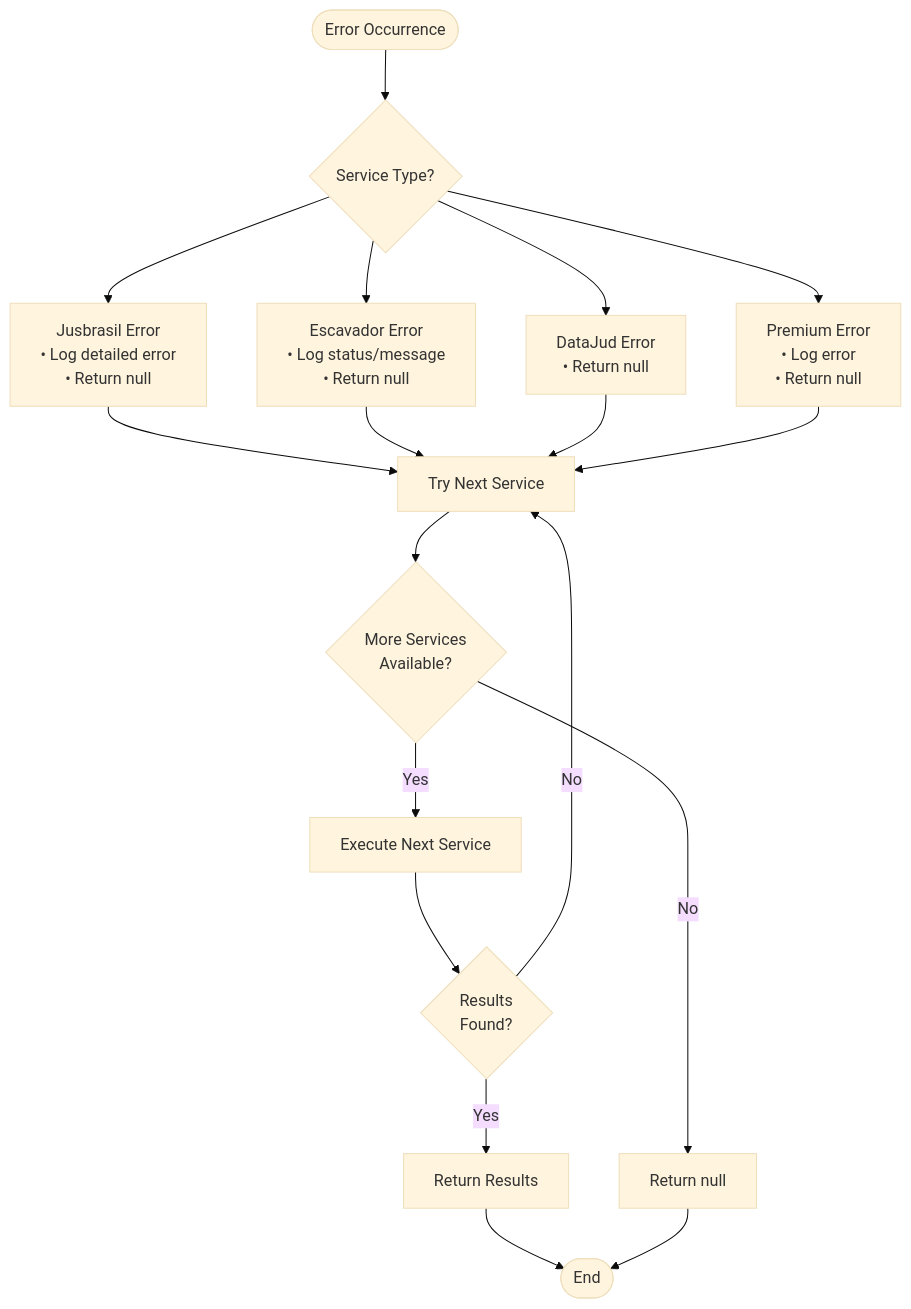
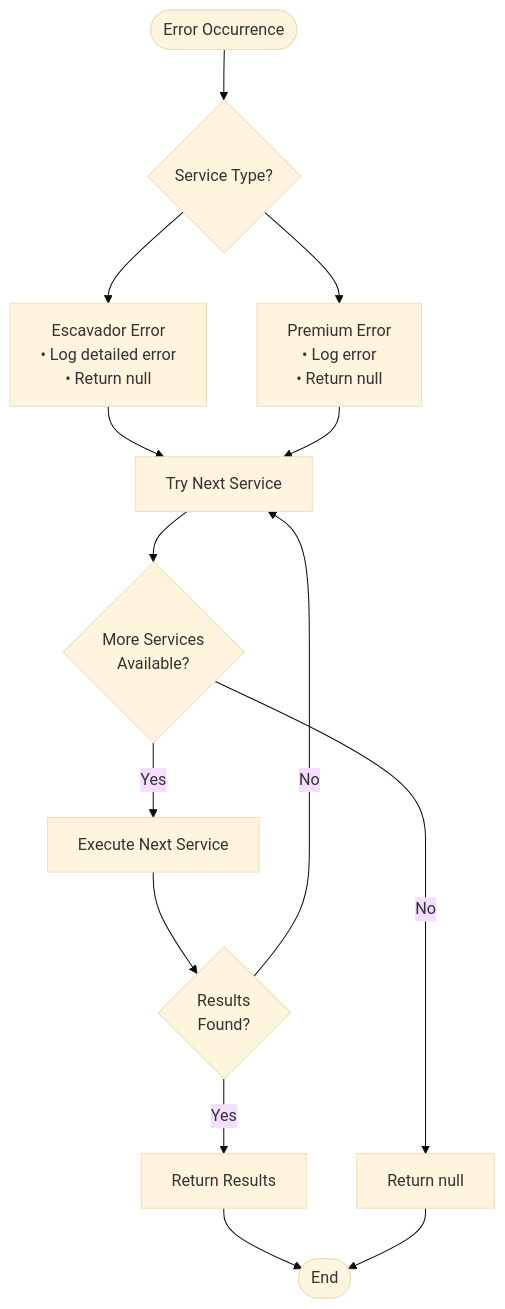
Before and after one commit to Alexandrexicara/bot-processos: diagram 18 of 19 in .qoder/repowiki/en/content/API Integration Layer/Premium Paid Service Integration.md, drawn with Mermaid (base theme). The commit also changed other lines of this file and 6 other files, not shown here.

````diff
--- a/.qoder/repowiki/en/content/API Integration Layer/Premium Paid Service Integration.md
+++ b/.qoder/repowiki/en/content/API Integration Layer/Premium Paid Service Integration.md
@@ -786,20 +657,16 @@
 ```mermaid
 flowchart TD
 ErrorStart([Error Occurrence]) --> CheckService{"Service Type?"}
-CheckService --> JusbrasilError["Jusbrasil Error<br/>• Log detailed error<br/>• Return null"]
-CheckService --> EscavadorError["Escavador Error<br/>• Log status/message<br/>• Return null"]
-CheckService --> DataJudError["DataJud Error<br/>• Return null"]
+CheckService --> EscavadorError["Escavador Error<br/>• Log detailed error<br/>• Return null"]
 CheckService --> PremiumError["Premium Error<br/>• Log error<br/>• Return null"]
-JusbrasilError --> NextService["Try Next Service"]
-EscavadorError --> NextService
-DataJudError --> NextService
+EscavadorError --> NextService["Try Next Service"]
 PremiumError --> NextService
 NextService --> CheckFallback{"More Services<br/>Available?"}
 CheckFallback --> |Yes| ExecuteNext["Execute Next Service"]
 CheckFallback --> |No| ReturnNull["Return null"]
 ExecuteNext --> CheckSuccess{"Results<br/>Found?"}
 CheckSuccess --> |Yes| ReturnResults["Return Results"]
 CheckSuccess --> |No| NextService
 ReturnResults --> End([End])
 ReturnNull --> End
 ```
````
